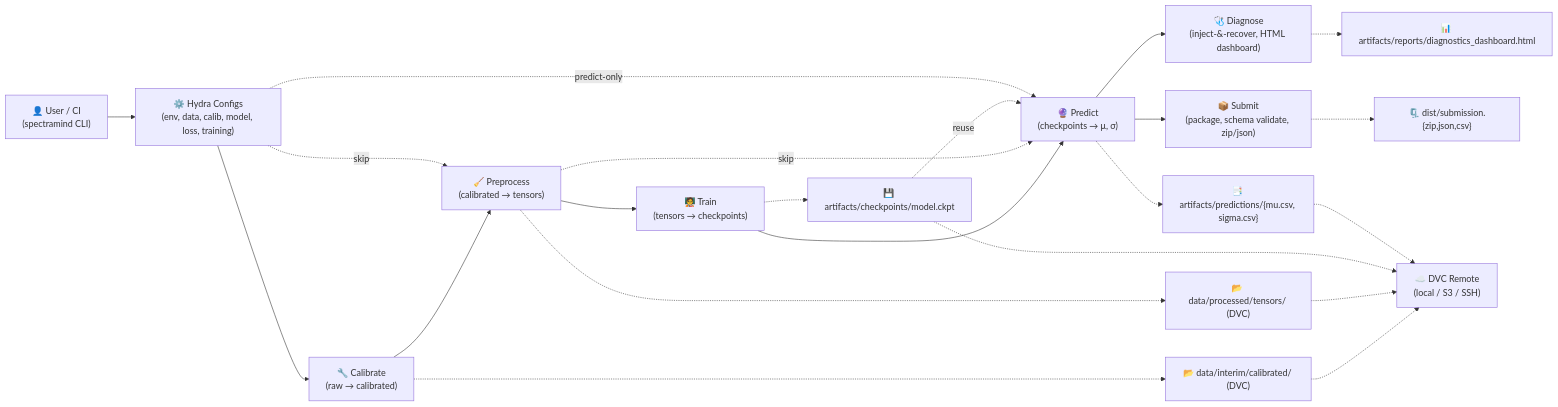
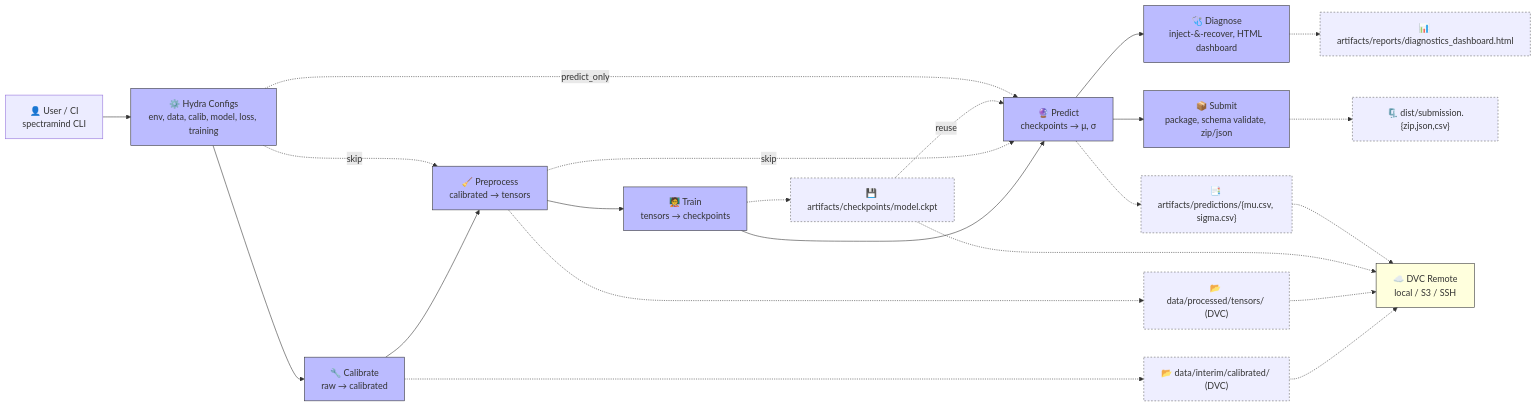
One commit to bartytime4life/SpectralMindV50 changed the diagram in docs/diagrams/pipeline.mmd. Above: the diagram before and after it, drawn with Mermaid.

Commit message:
Refactor diagram labels for clarity and style

```diff
--- a/docs/diagrams/pipeline.mmd
+++ b/docs/diagrams/pipeline.mmd
@@ -1,46 +1,57 @@
 flowchart LR
 
   %% =============================
   %% USER / CLI ENTRY
   %% =============================
-  A["👤 User / CI<br/>(spectramind CLI)"] --> B["⚙️ Hydra Configs<br/>(env, data, calib, model, loss, training)"]
+  A["👤 User / CI<br/>spectramind CLI"] --> B["⚙️ Hydra Configs<br/>env, data, calib, model, loss, training"]
 
   %% =============================
   %% PIPELINE STAGES
   %% =============================
-  B --> C["🔧 Calibrate<br/>(raw → calibrated)"]
-  C --> D["🧹 Preprocess<br/>(calibrated → tensors)"]
-  D --> E["🧑‍🏫 Train<br/>(tensors → checkpoints)"]
-  E --> F["🔮 Predict<br/>(checkpoints → μ, σ)"]
-  F --> G["🩺 Diagnose<br/>(inject-&-recover, HTML dashboard)"]
-  F --> H["📦 Submit<br/>(package, schema validate, zip/json)"]
+  B --> C["🔧 Calibrate<br/>raw → calibrated"]
+  C --> D["🧹 Preprocess<br/>calibrated → tensors"]
+  D --> E["🧑‍🏫 Train<br/>tensors → checkpoints"]
+  E --> F["🔮 Predict<br/>checkpoints → μ, σ"]
+  F --> G["🩺 Diagnose<br/>inject-&-recover, HTML dashboard"]
+  F --> H["📦 Submit<br/>package, schema validate, zip/json"]
 
   %% =============================
   %% ARTIFACTS & STORAGE
   %% =============================
   C -.-> Z["📂 data/interim/calibrated/ (DVC)"]
   D -.-> Y["📂 data/processed/tensors/ (DVC)"]
   E -.-> X["💾 artifacts/checkpoints/model.ckpt"]
   F -.-> W["📑 artifacts/predictions/{mu.csv, sigma.csv}"]
   G -.-> V["📊 artifacts/reports/diagnostics_dashboard.html"]
   H -.-> U["🗜️ dist/submission.{zip,json,csv}"]
 
   %% =============================
   %% REMOTE CACHE
   %% =============================
-  Z -.-> R["☁️ DVC Remote<br/>(local / S3 / SSH)"]
+  Z -.-> R["☁️ DVC Remote<br/>local / S3 / SSH"]
   Y -.-> R
   X -.-> R
   W -.-> R
 
   %% =============================
   %% FLEXIBLE / SKIP PATHS
   %% =============================
   %% Start from pre-calibrated data
-  B -.skip.-> D
+  B -. skip .-> D
   %% Reuse tensors without retraining
-  D -.skip.-> F
+  D -. skip .-> F
   %% Reuse old checkpoints directly for inference
-  X -.reuse.-> F
+  X -. reuse .-> F
   %% Predict-only Kaggle kernel path
-  B -.predict-only.-> F
+  B -. predict_only .-> F
+
+  %% =============================
+  %% STYLES
+  %% =============================
+  classDef stage fill:#bbf,stroke:#333,stroke-width:1px;
+  classDef artifact fill:#eef,stroke:#666,stroke-width:1px,stroke-dasharray: 3 3;
+  classDef remote fill:#ffd,stroke:#333,stroke-width:1px;
+
+  class B,C,D,E,F,G,H stage;
+  class Z,Y,X,W,V,U artifact;
+  class R remote;
```
